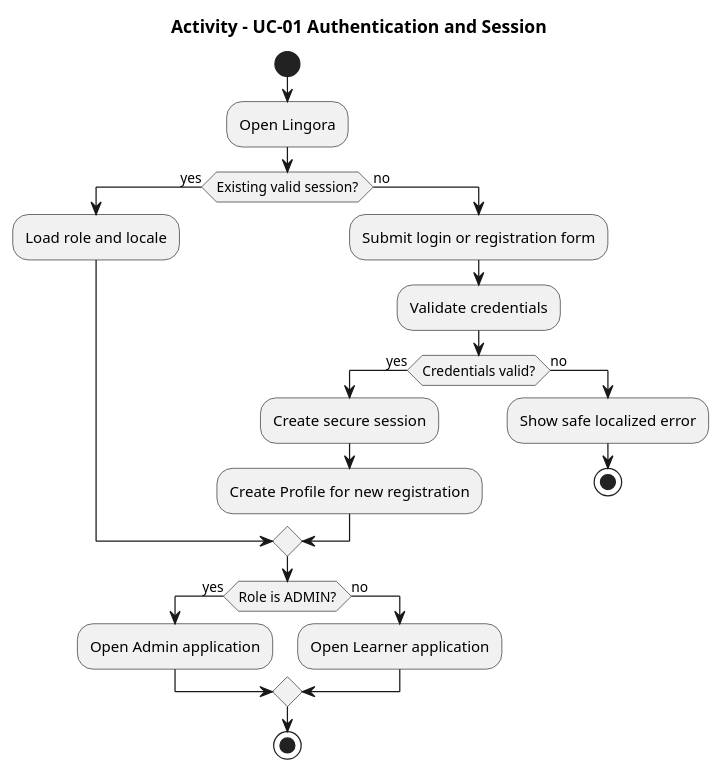
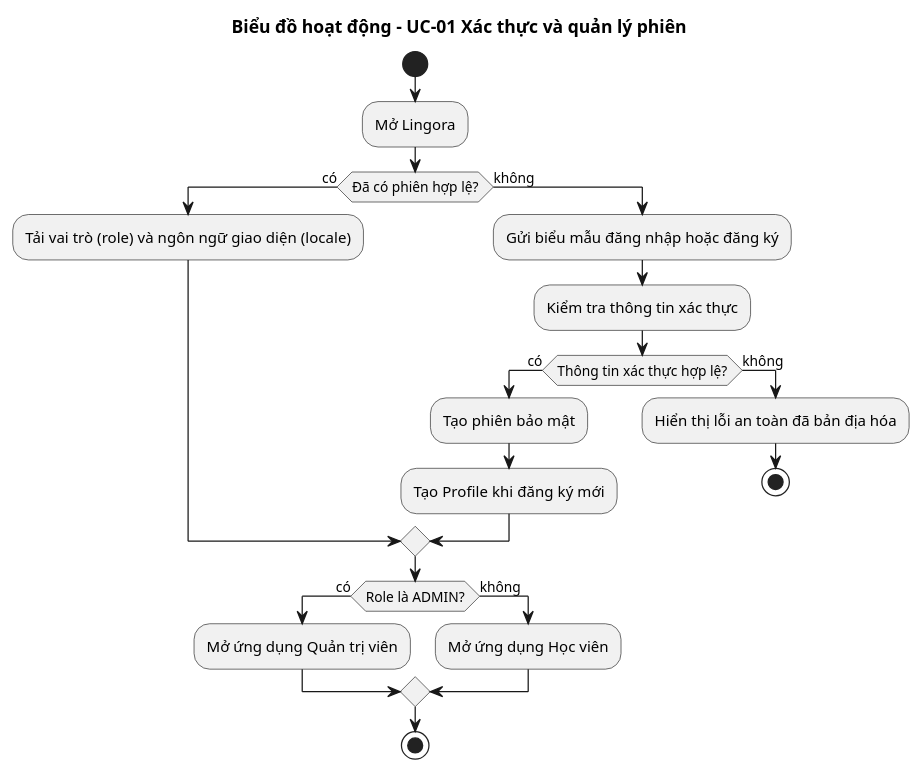
Before and after one commit to PhamNguyenThanhTung/lingora-workspace: the diagram in docs/plantuml/activity-auth-session.puml, drawn with PlantUML. The commit also changed 25 other files, not shown here.

Commit message:
docs: vietnamize PlantUML diagrams

```diff
--- a/docs/plantuml/activity-auth-session.puml
+++ b/docs/plantuml/activity-auth-session.puml
@@ -1,25 +1,25 @@
 @startuml
-title Activity - UC-01 Authentication and Session
+title Biểu đồ hoạt động - UC-01 Xác thực và quản lý phiên
 skinparam shadowing false
 start
-:Open Lingora;
-if (Existing valid session?) then (yes)
-  :Load role and locale;
-else (no)
-  :Submit login or registration form;
-  :Validate credentials;
-  if (Credentials valid?) then (yes)
-    :Create secure session;
-    :Create Profile for new registration;
-  else (no)
-    :Show safe localized error;
+:Mở Lingora;
+if (Đã có phiên hợp lệ?) then (có)
+  :Tải vai trò (role) và ngôn ngữ giao diện (locale);
+else (không)
+  :Gửi biểu mẫu đăng nhập hoặc đăng ký;
+  :Kiểm tra thông tin xác thực;
+  if (Thông tin xác thực hợp lệ?) then (có)
+    :Tạo phiên bảo mật;
+    :Tạo Profile khi đăng ký mới;
+  else (không)
+    :Hiển thị lỗi an toàn đã bản địa hóa;
     stop
   endif
 endif
-if (Role is ADMIN?) then (yes)
-  :Open Admin application;
-else (no)
-  :Open Learner application;
+if (Role là ADMIN?) then (có)
+  :Mở ứng dụng Quản trị viên;
+else (không)
+  :Mở ứng dụng Học viên;
 endif
 stop
 @enduml
```
